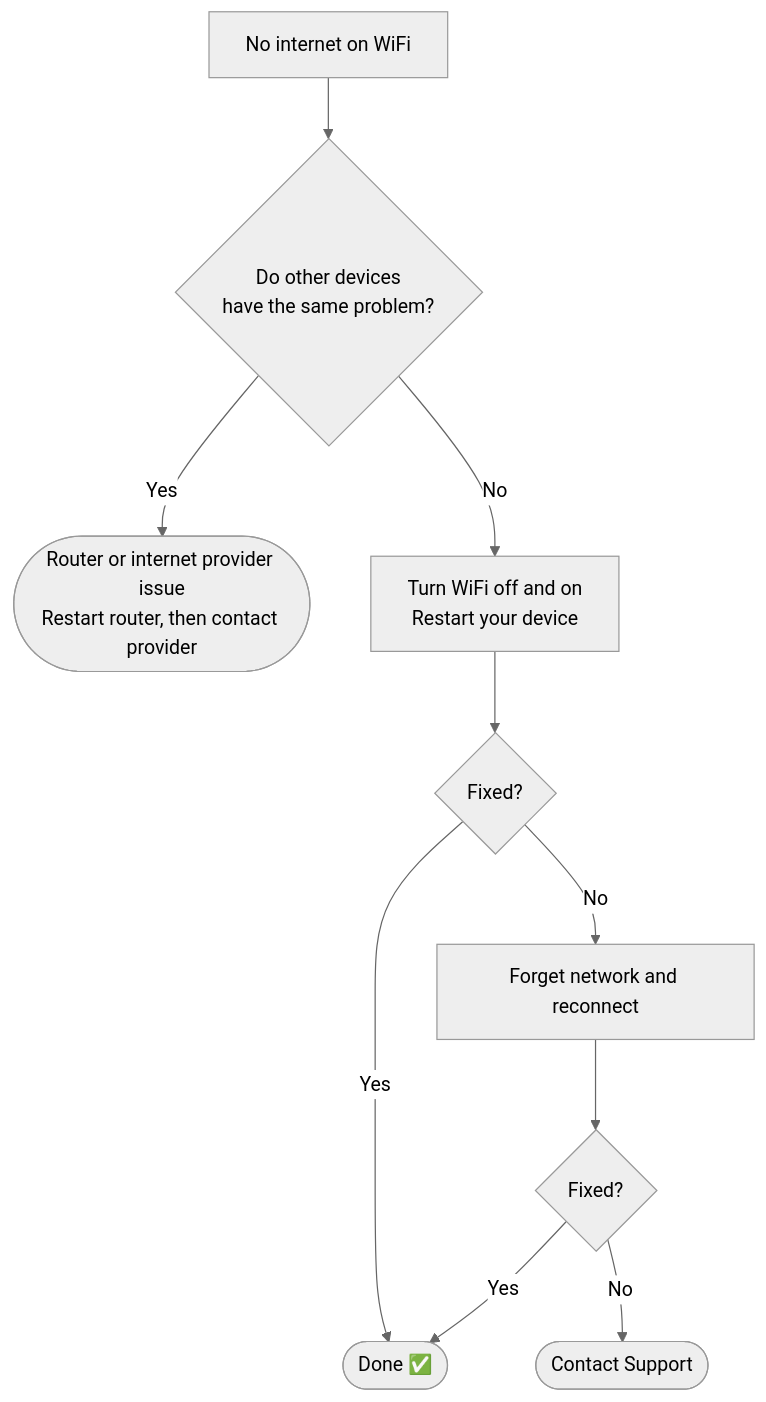
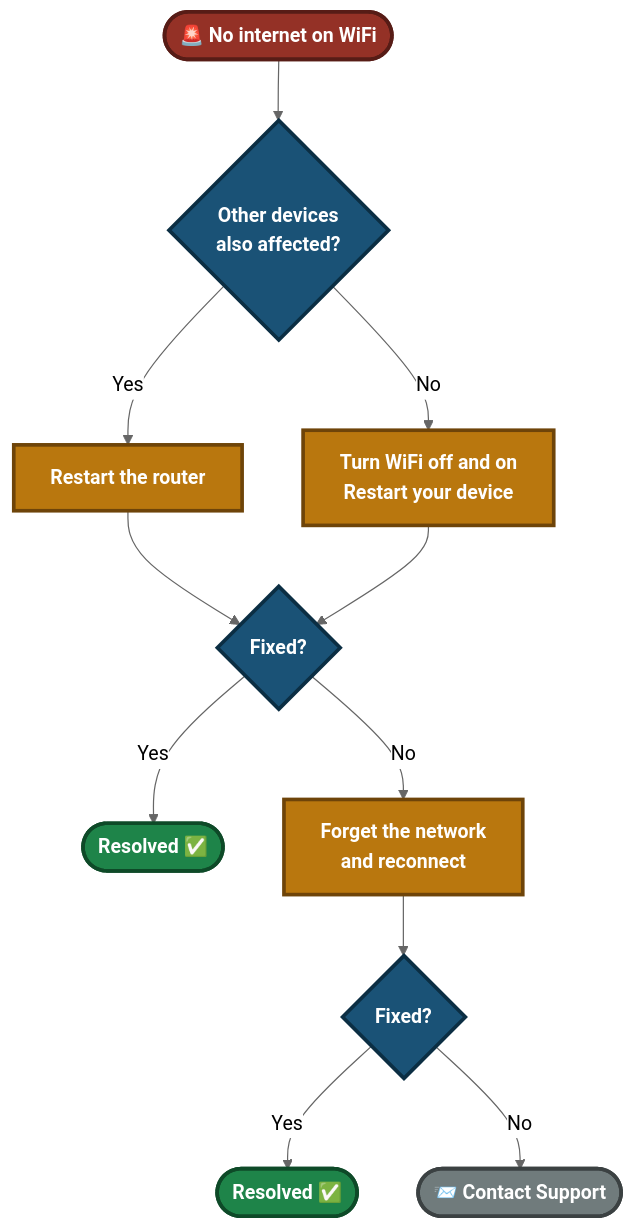
One commit to malaika-azhar/Customer-Tech-Support-Portfolio changed the second of 3 diagrams in 04-Solution-guides/04.1-WiFi-Guide.md. Above: the diagram before and after it, drawn with Mermaid (neutral theme). The commit also changed other lines of this file, not shown here.

````diff
--- a/04-Solution-guides/04.1-WiFi-Guide.md
+++ b/04-Solution-guides/04.1-WiFi-Guide.md
@@ -77,12 +171,19 @@
 ```mermaid
 flowchart TD
-    A["No internet on WiFi"] --> B{"Do other devices<br/>have the same problem?"}
-    B -->|Yes| C(["Router or internet provider issue<br/>Restart router, then contact provider"])
-    B -->|No| D["Turn WiFi off and on<br/>Restart your device"]
-    D --> E{"Fixed?"}
-    E -->|Yes| End(["Done ✅"])
-    E -->|No| F["Forget network and reconnect"]
-    F --> G{"Fixed?"}
-    G -->|Yes| End
-    G -->|No| H(["Contact Support"])
+    A(["🚨 No internet on WiFi"]):::start --> B{"Other devices<br/>also affected?"}:::step
+    B -->|Yes| C["Restart the router"]:::fix
+    B -->|No| D["Turn WiFi off and on<br/>Restart your device"]:::fix
+    C --> E{"Fixed?"}:::step
+    D --> E
+    E -->|Yes| End1(["Resolved ✅"]):::ok
+    E -->|No| F["Forget the network<br/>and reconnect"]:::fix
+    F --> G{"Fixed?"}:::step
+    G -->|Yes| End2(["Resolved ✅"]):::ok
+    G -->|No| H(["📨 Contact Support"]):::esc
+
+    classDef start fill:#943126,stroke:#571C16,stroke-width:3px,color:#FFFFFF,font-weight:bold
+    classDef step fill:#1A5276,stroke:#0B2E43,stroke-width:3px,color:#FFFFFF,font-weight:bold
+    classDef fix fill:#B9770E,stroke:#6E4409,stroke-width:3px,color:#FFFFFF,font-weight:bold
+    classDef ok fill:#1E8449,stroke:#0E4A28,stroke-width:3px,color:#FFFFFF,font-weight:bold
+    classDef esc fill:#707B7C,stroke:#3B4142,stroke-width:3px,color:#FFFFFF,font-weight:bold
 ```
````
